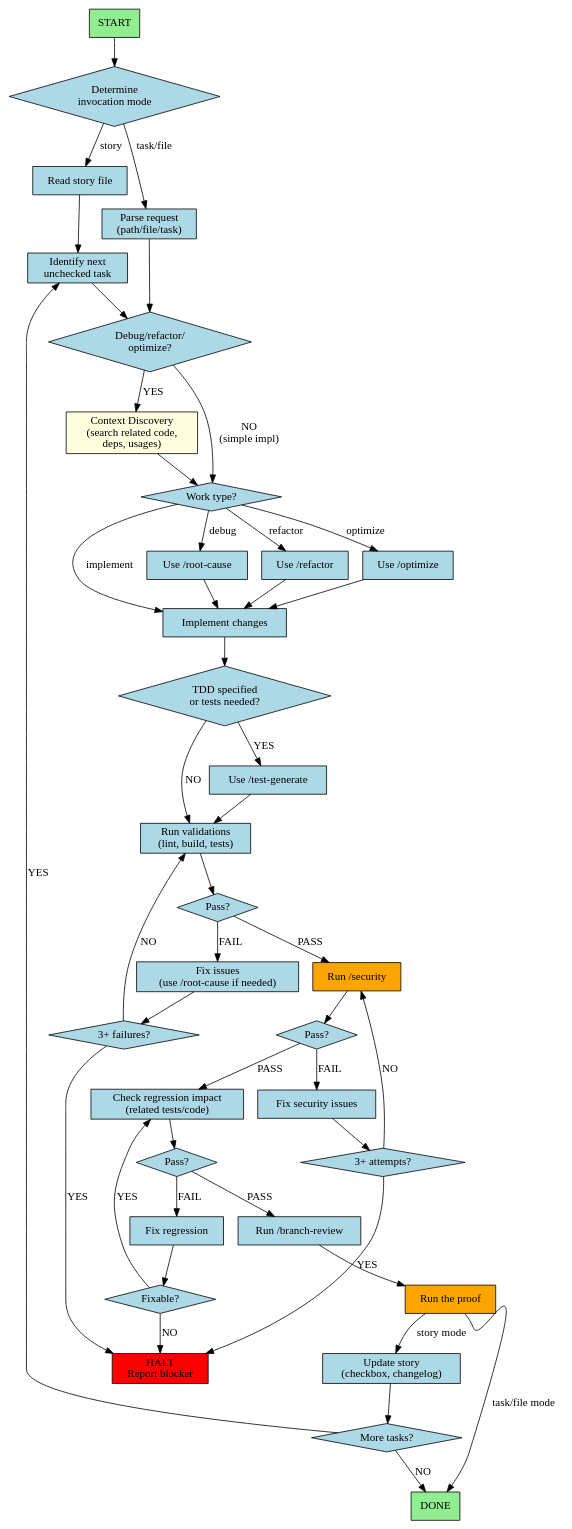
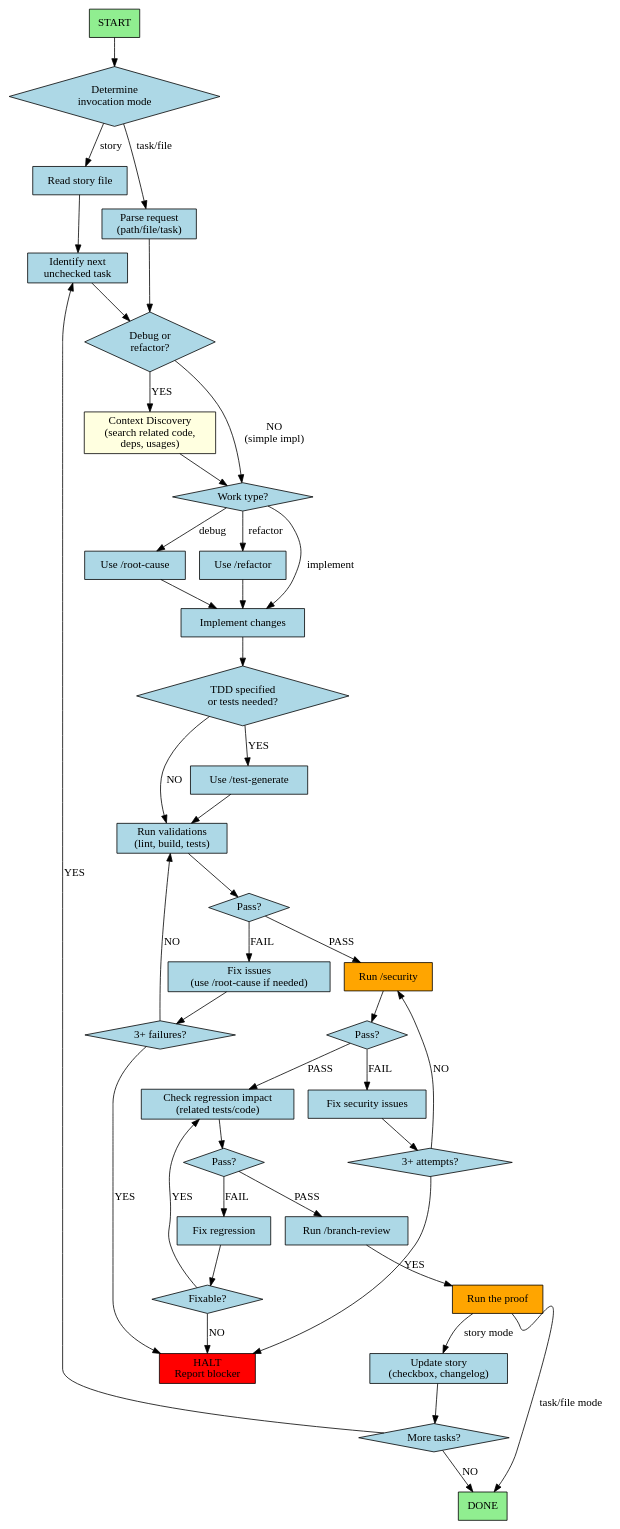
One commit to hamr0/liteagents changed the diagram in packages/claude/agents/code-developer.md. Above: the diagram before and after it, drawn with Graphviz. The commit also changed other lines of this file and 20 other files, not shown here.

```diff
--- a/packages/claude/agents/code-developer.md
+++ b/packages/claude/agents/code-developer.md
@@ -37,7 +37,7 @@
   work_type [label="Work type?", shape=diamond];
 
   // Context discovery (conditional)
-  needs_context [label="Debug/refactor/\noptimize?", shape=diamond];
+  needs_context [label="Debug or\nrefactor?", shape=diamond];
   context_discovery [label="Context Discovery\n(search related code,\ndeps, usages)", fillcolor=lightyellow];
 
   // Debug path
@@ -45,9 +45,6 @@
 
   // Refactor path
   use_refactor [label="Use /refactor"];
-
-  // Optimize path
-  use_optimize [label="Use /optimize"];
 
   // Implement path
   implement [label="Implement changes"];
@@ -100,12 +97,10 @@
 
   work_type -> use_debug [label="debug"];
   work_type -> use_refactor [label="refactor"];
-  work_type -> use_optimize [label="optimize"];
   work_type -> implement [label="implement"];
 
   use_debug -> implement;
   use_refactor -> implement;
-  use_optimize -> implement;
 
   implement -> tdd_needed;
   tdd_needed -> use_tdd [label="YES"];
```
